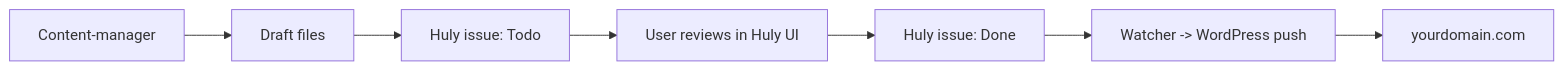
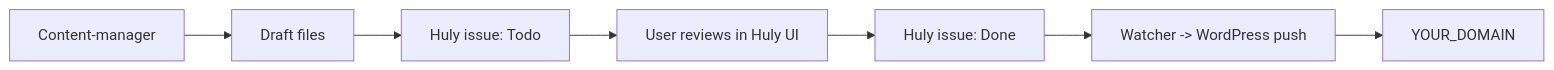
The diagram in skills/software-development/huly-integration/SKILL.md (humanerd-drew/opencode-drewgent), drawn with Mermaid before and after one commit. The commit also changed other lines of this file and 266 other files, not shown here.

````diff
--- a/skills/software-development/huly-integration/SKILL.md
+++ b/skills/software-development/huly-integration/SKILL.md
@@ -450,9 +448,9 @@
 ```mermaid
 graph LR
     A[Content-manager] --> B[Draft files]
     B --> C[Huly issue: Todo]
     C --> D[User reviews in Huly UI]
     D --> E[Huly issue: Done]
     E --> F[Watcher -> WordPress push]
-    F --> G[yourdomain.com]
+    F --> G[YOUR_DOMAIN]
 ```
````
